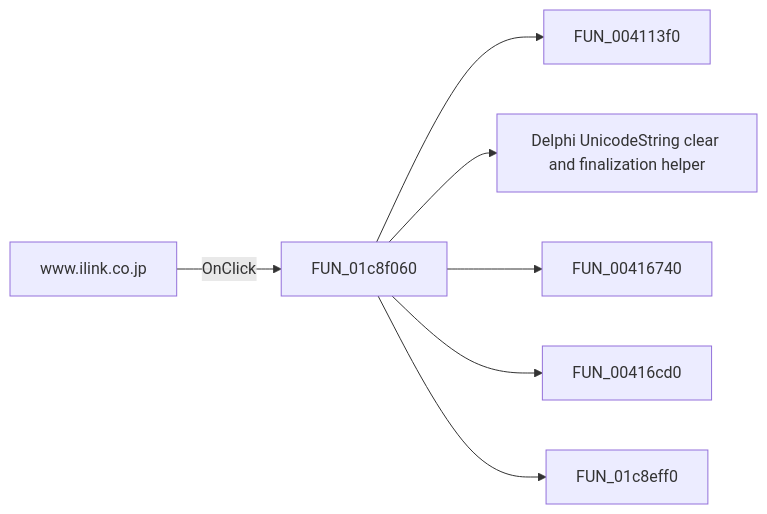
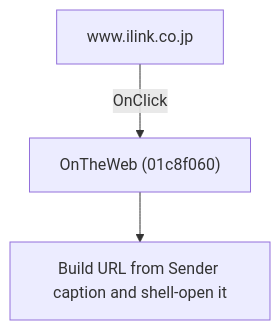
One commit to MovGP0/TIARA changed the diagram in docs/ui-controls/schematiceditor/wwwilinkcojp-fec304867d.md. Above: the diagram before and after it, drawn with Mermaid. The commit also changed other lines of this file and 1062 other files, not shown here.

````diff
--- a/docs/ui-controls/schematiceditor/wwwilinkcojp-fec304867d.md
+++ b/docs/ui-controls/schematiceditor/wwwilinkcojp-fec304867d.md
@@ -27,9 +27,5 @@
 ```mermaid
-flowchart LR
-    control["www.ilink.co.jp"] -->|OnClick| handler["FUN_01c8f060"]
-    handler --> call1["FUN_004113f0"]
-    handler --> call2["Delphi UnicodeString clear and finalization helper"]
-    handler --> call3["FUN_00416740"]
-    handler --> call4["FUN_00416cd0"]
-    handler --> call5["FUN_01c8eff0"]
+flowchart TD
+    control["www.ilink.co.jp"] -->|"OnClick"| handler["OnTheWeb (01c8f060)"]
+    handler --> action["Build URL from Sender caption and shell-open it"]
 ```
````
